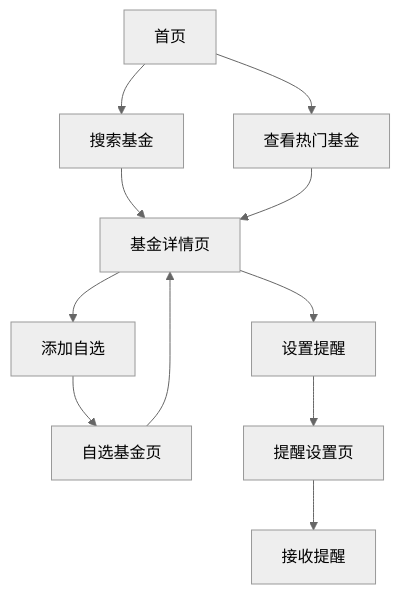
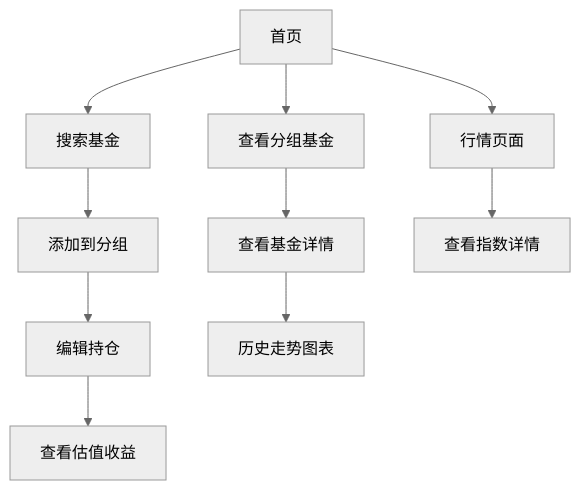
Before and after one commit to LiangCY/fund-valuation: the diagram in .trae/documents/product.md, drawn with Mermaid (neutral theme). The commit also changed other lines of this file and 18 other files, not shown here.

````diff
--- a/.trae/documents/product.md
+++ b/.trae/documents/product.md
@@ -45,13 +37,12 @@
 ```mermaid
 graph TD
   A[首页] --> B[搜索基金]
-  A --> C[查看热门基金]
-  B --> D[基金详情页]
-  C --> D
-  D --> E[添加自选]
-  D --> F[设置提醒]
-  E --> G[自选基金页]
-  F --> H[提醒设置页]
-  G --> D
-  H --> I[接收提醒]
+  A --> C[查看分组基金]
+  B --> D[添加到分组]
+  D --> E[编辑持仓]
+  E --> F[查看估值收益]
+  C --> G[查看基金详情]
+  G --> H[历史走势图表]
+  A --> I[行情页面]
+  I --> J[查看指数详情]
 ```
````
